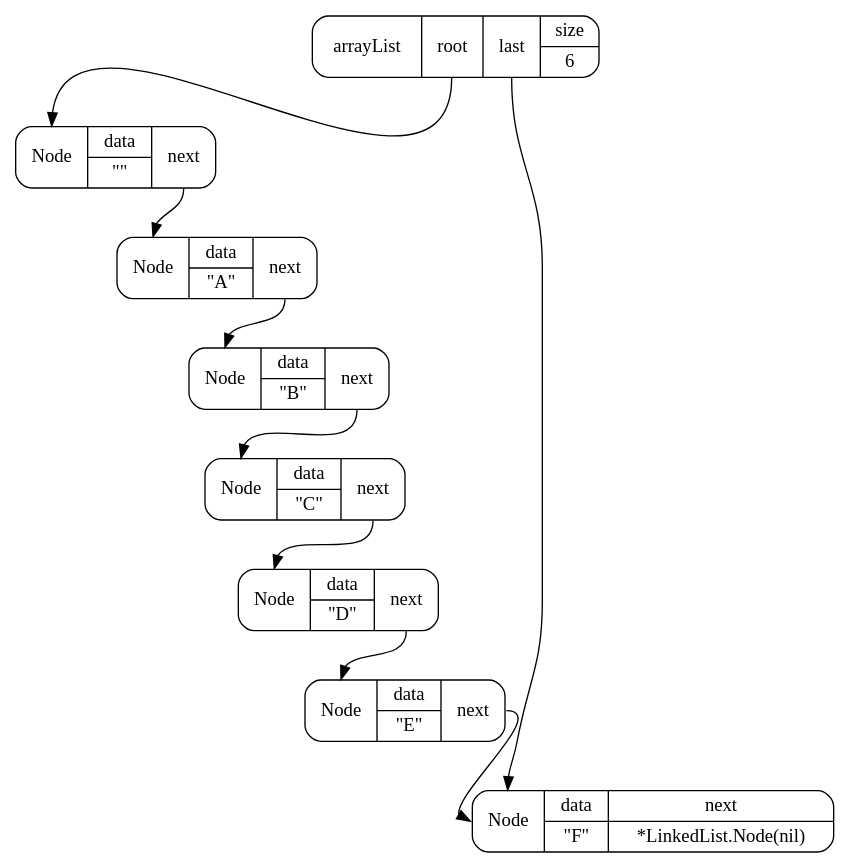
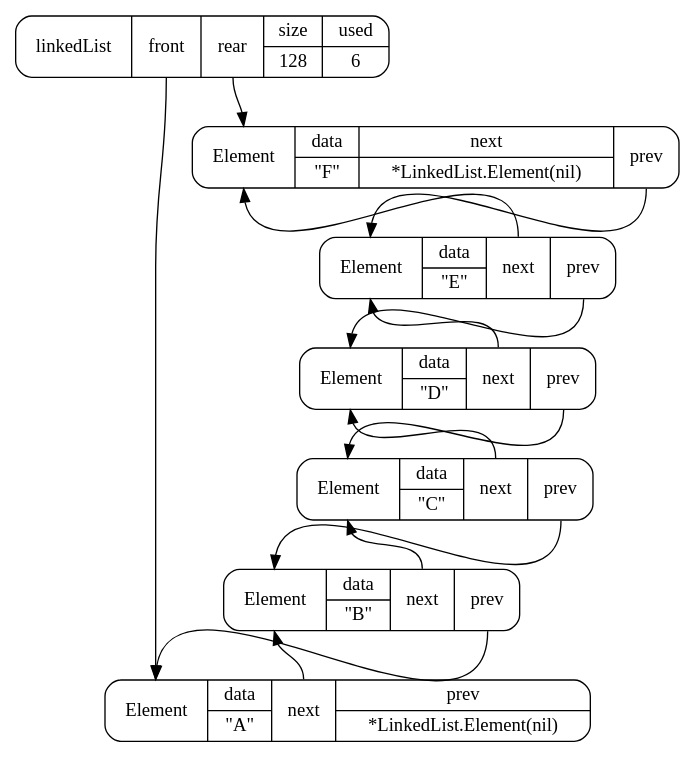
Before and after one commit to DennisMao/gofunc: the diagram in da/datastructures/lists/LinkedList/LinkedList.gv, drawn with Graphviz. The commit also changed 8 other files, not shown here.

```diff
--- a/da/datastructures/lists/LinkedList/LinkedList.gv
+++ b/da/datastructures/lists/LinkedList/LinkedList.gv
@@ -1,19 +1,22 @@
 digraph structs {
   node [shape=Mrecord];
-  8 [label="<name> Node |{<f0> data | \"F\"} |{<f1> next | *LinkedList.Node(nil)}  "];
-  7 [label="<name> Node |{<f0> data | \"E\"} |<f1> next "];
-  7:f1 -> 8:name;
-  6 [label="<name> Node |{<f0> data | \"D\"} |<f1> next "];
+  7 [label="<name> Element |{<f0> data | \"F\"} |{<f1> next | *LinkedList.Element(nil)} |<f2> prev "];
+  7:f2 -> 6:name;
+  6 [label="<name> Element |{<f0> data | \"E\"} |<f1> next|<f2> prev "];
   6:f1 -> 7:name;
-  5 [label="<name> Node |{<f0> data | \"C\"} |<f1> next "];
+  6:f2 -> 5:name;
+  5 [label="<name> Element |{<f0> data | \"D\"} |<f1> next|<f2> prev "];
   5:f1 -> 6:name;
-  4 [label="<name> Node |{<f0> data | \"B\"} |<f1> next "];
+  5:f2 -> 4:name;
+  4 [label="<name> Element |{<f0> data | \"C\"} |<f1> next|<f2> prev "];
   4:f1 -> 5:name;
-  3 [label="<name> Node |{<f0> data | \"A\"} |<f1> next "];
+  4:f2 -> 3:name;
+  3 [label="<name> Element |{<f0> data | \"B\"} |<f1> next|<f2> prev "];
   3:f1 -> 4:name;
-  2 [label="<name> Node |{<f0> data | \"\"} |<f1> next "];
+  3:f2 -> 2:name;
+  2 [label="<name> Element |{<f0> data | \"A\"} |<f1> next|{<f2> prev | *LinkedList.Element(nil)}  "];
   2:f1 -> 3:name;
-  1 [label="<name> arrayList |<f0> root|<f1> last|{<f2> size | 6}  "];
+  1 [label="<name> linkedList |<f0> front|<f1> rear|{<f2> size | 128} |{<f3> used | 6}  "];
   1:f0 -> 2:name;
-  1:f1 -> 8:name;
+  1:f1 -> 7:name;
 }
```
